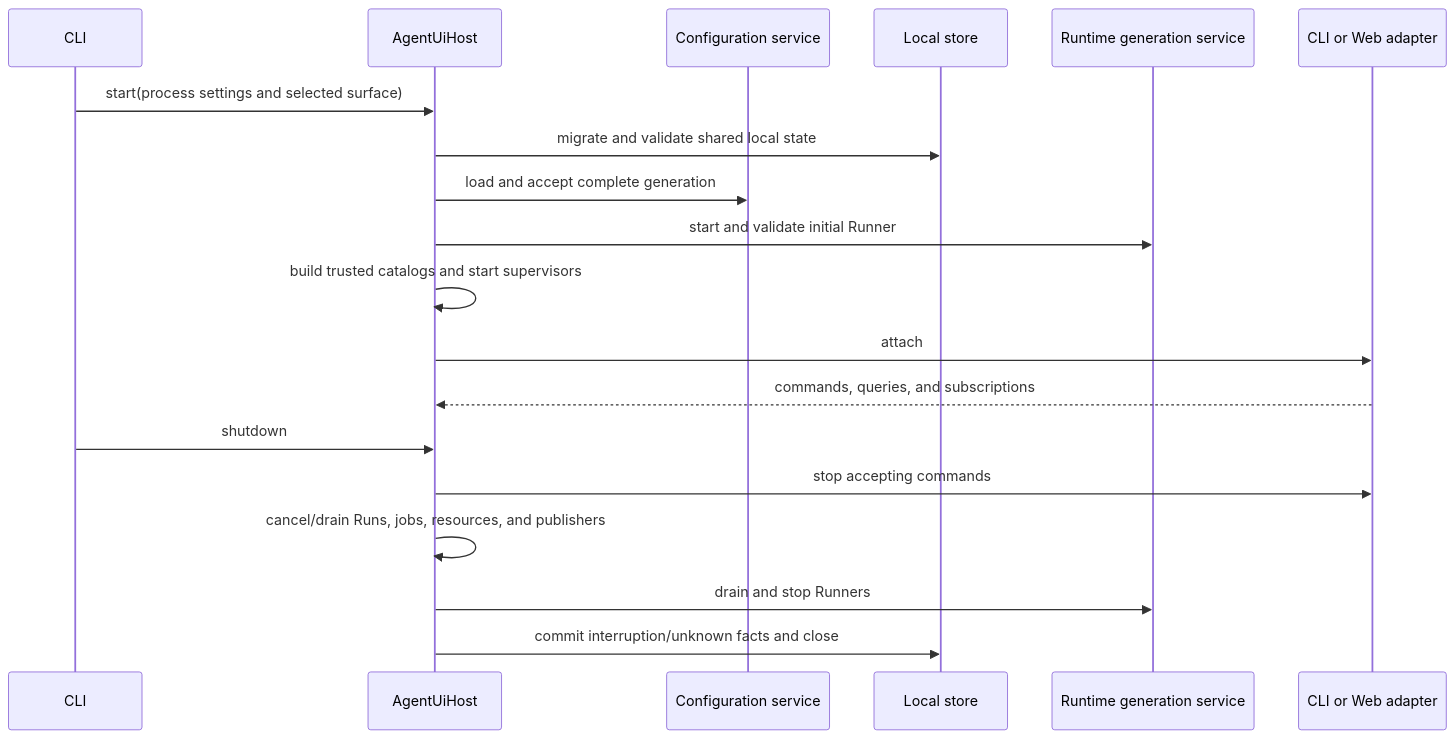
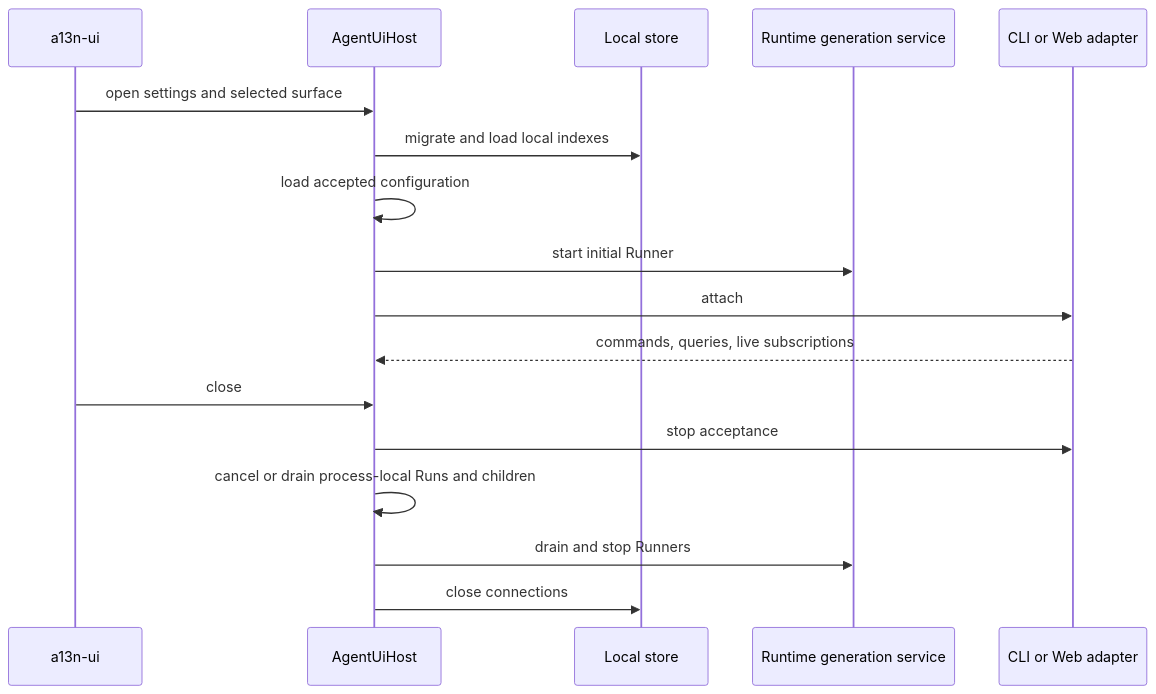
One commit to LTThreeComma/agent-foundation changed the first of 3 diagrams in spec/agent-ui/05-runtime-subagents-and-surfaces.md. Above: the diagram before and after it, drawn with Mermaid. The commit also changed other lines of this file and 132 other files, not shown here.

````diff
--- a/spec/agent-ui/05-runtime-subagents-and-surfaces.md
+++ b/spec/agent-ui/05-runtime-subagents-and-surfaces.md
@@ -72,22 +45,20 @@
 ```mermaid
 sequenceDiagram
-    participant CLI
+    participant Entry as a13n-ui
     participant Host as AgentUiHost
-    participant Config as Configuration service
     participant Store as Local store
     participant Runtime as Runtime generation service
     participant Surface as CLI or Web adapter
 
-    CLI->>Host: start(process settings and selected surface)
-    Host->>Store: migrate and validate shared local state
-    Host->>Config: load and accept complete generation
-    Host->>Runtime: start and validate initial Runner
-    Host->>Host: build trusted catalogs and start supervisors
+    Entry->>Host: open settings and selected surface
+    Host->>Store: migrate and load local indexes
+    Host->>Host: load accepted configuration
+    Host->>Runtime: start initial Runner
     Host->>Surface: attach
-    Surface-->>Host: commands, queries, and subscriptions
-    CLI->>Host: shutdown
-    Host->>Surface: stop accepting commands
-    Host->>Host: cancel/drain Runs, jobs, resources, and publishers
+    Surface-->>Host: commands, queries, live subscriptions
+    Entry->>Host: close
+    Host->>Surface: stop acceptance
+    Host->>Host: cancel or drain process-local Runs and children
     Host->>Runtime: drain and stop Runners
-    Host->>Store: commit interruption/unknown facts and close
+    Host->>Store: close connections
 ```
````
